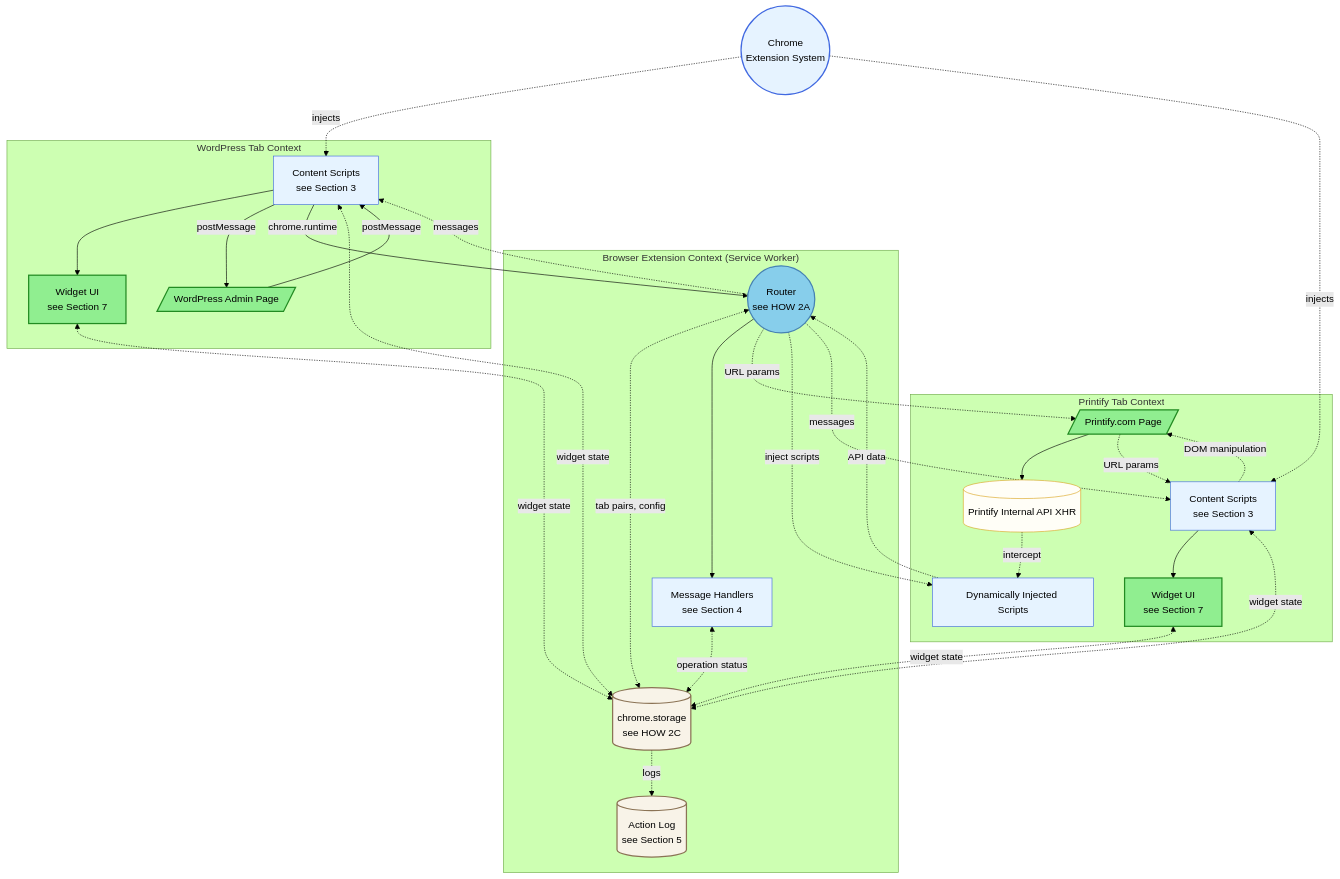
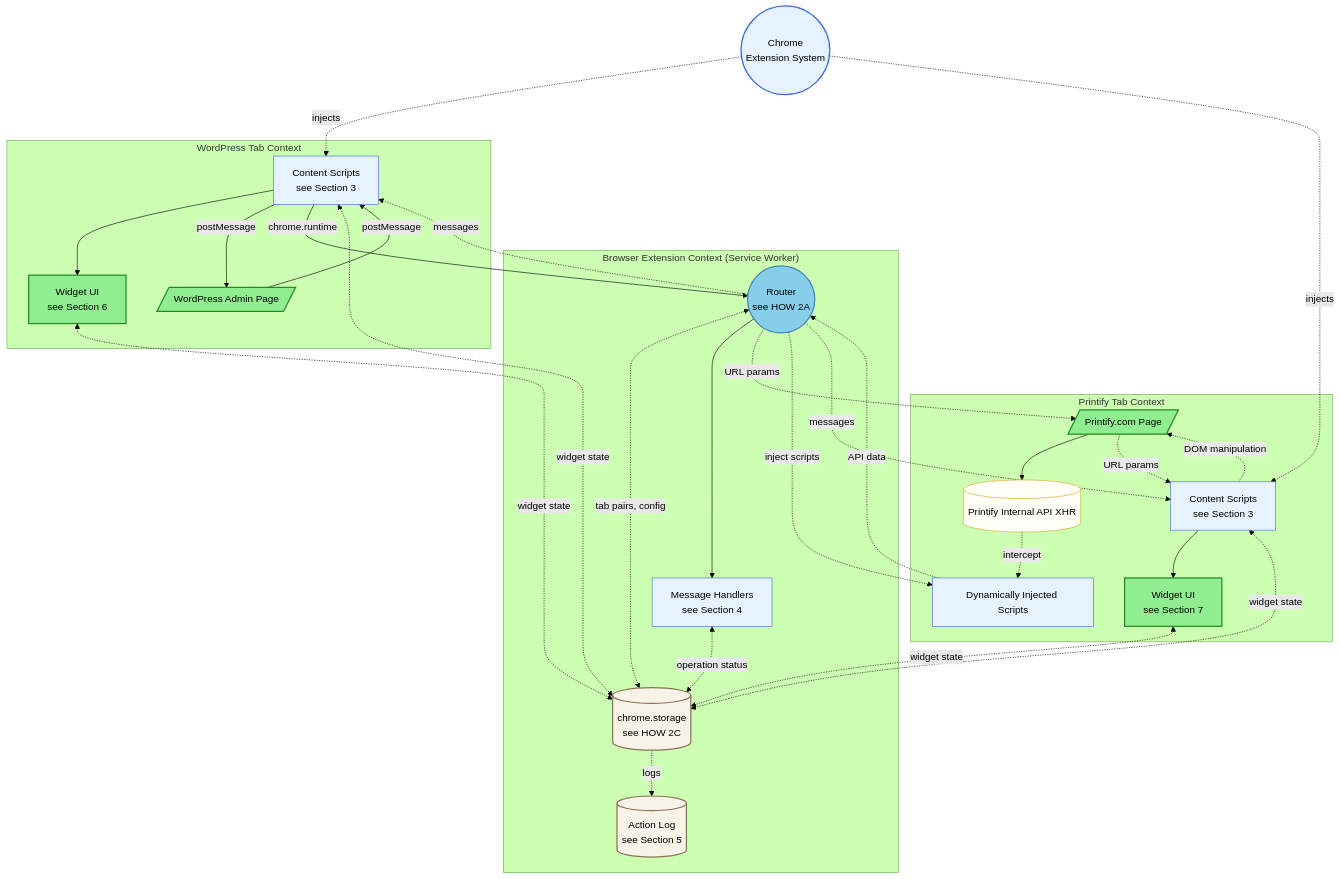
Before and after one commit to tdemelle-SiP/.claude: the first of 5 diagrams in guidelines/sip-printify-manager-extension-guidelines-v2.md, drawn with Mermaid (forest theme). The commit also changed other lines of this file, not shown here.

First line of the commit message:
✅ Content Issues Fixed:   1. Section 3 title inconsistency - Fixed   2. Missing reference in Diagram 2 (Section 7 → Section 6) - Fixed   3. Incorrect storage key reference (Section 3D → Section 6D) - Fixed   4. Empty anchor tags - Already removed

````diff
--- a/guidelines/sip-printify-manager-extension-guidelines-v2.md
+++ b/guidelines/sip-printify-manager-extension-guidelines-v2.md
@@ -40,63 +40,63 @@
 ```mermaid
 graph TD
   Chrome((Chrome<br/>Extension System))
   
   subgraph "Browser Extension Context (Service Worker)"
     Router((Router<br/>see HOW 2A))
     Router <-. tab pairs, config .-> Storage[(chrome.storage<br/>see HOW 2C)]
     Handlers <-. operation status .-> Storage
     Router --> Handlers[Message Handlers<br/>see Section 4]
     Storage -. logs .-> Logger[(Action Log<br/>see Section 5)]
   end
 
   subgraph "WordPress Tab Context"
     WPPage[/WordPress Admin Page/]
     WPCS[Content Scripts<br/>see Section 3]
-    WPCS --> WUI1[Widget UI<br/>see Section 7]
+    WPCS --> WUI1[Widget UI<br/>see Section 6]
     WPCS -->|postMessage| WPPage
     WPPage -->|postMessage| WPCS
     WPCS -->|chrome.runtime| Router
     WPCS <-. widget state .-> Storage
     WUI1 <-. widget state .-> Storage
   end
 
   subgraph "Printify Tab Context"
     PrintifyPage[/Printify.com Page/]
     PCS[Content Scripts<br/>see Section 3]
     PCS --> WUI2[Widget UI<br/>see Section 7]
     DIS[Dynamically Injected Scripts]
     InternalAPI[(Printify Internal API XHR)]
     PrintifyPage --> InternalAPI
     InternalAPI -. intercept .-> DIS
     PrintifyPage -. URL params .-> PCS
     PCS -. DOM manipulation .-> PrintifyPage
     PCS <-. widget state .-> Storage
     WUI2 <-. widget state .-> Storage
     DIS -. API data .-> Router
     Router -. URL params .-> PrintifyPage
     Router -. inject scripts .-> DIS
     Router -.->|messages| PCS
     Router -.->|messages| WPCS
   end
   
   Chrome -.->|injects| WPCS
   Chrome -.->|injects| PCS
   
   %% Style definitions
   classDef userFacingStyle fill:#90EE90,stroke:#228B22,stroke-width:2px
   classDef routerStyle fill:#87CEEB,stroke:#4682B4,stroke-width:2px
   classDef scriptStyle fill:#E6F3FF,stroke:#4169E1,stroke-width:1px
   classDef storageStyle fill:#F8F3E8,stroke:#8B7355,stroke-width:2px
   classDef externalStyle fill:#FFFEF7,stroke:#DAA520,stroke-width:1px
   classDef groupStyle fill:#F3E8F8,stroke:#8B7AB8,stroke-width:2px
   classDef chromeStyle fill:#E6F3FF,stroke:#4169E1,stroke-width:2px
   
   %% Apply styles to nodes
   class WPPage,PrintifyPage,WUI1,WUI2 userFacingStyle
   class Router routerStyle
   class WPCS,PCS,DIS scriptStyle
   class Storage,Logger storageStyle
   class InternalAPI externalStyle
   class Handlers scriptStyle
   class Chrome chromeStyle
 ```
````
